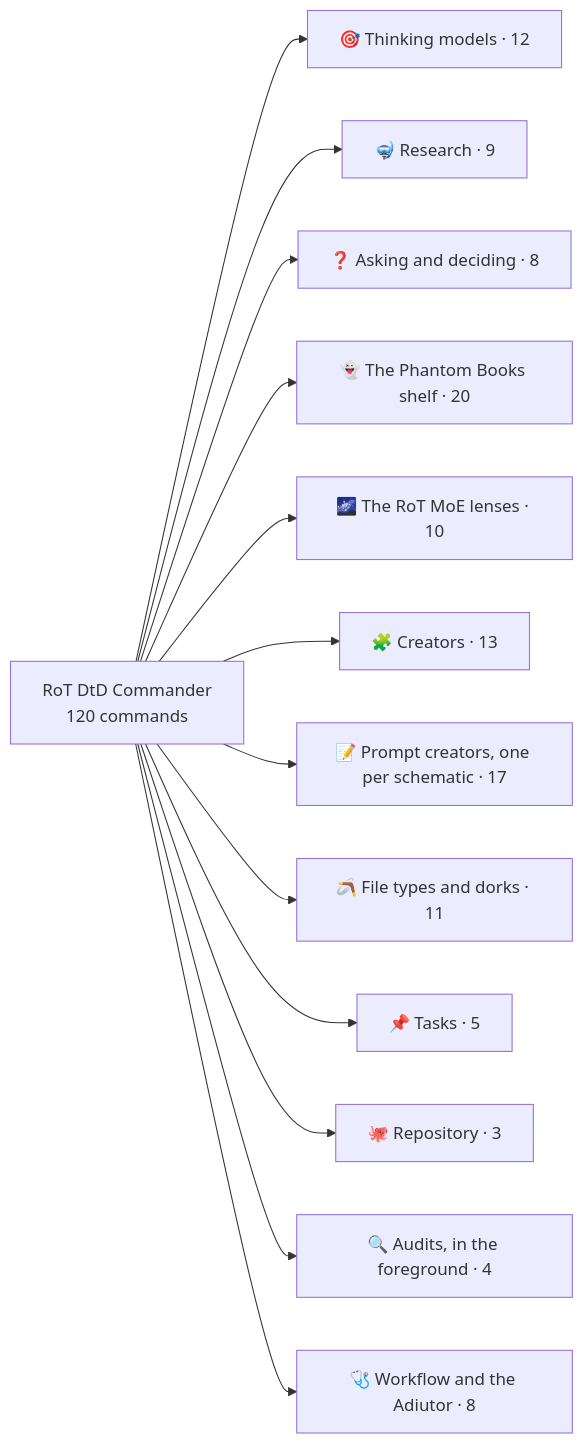
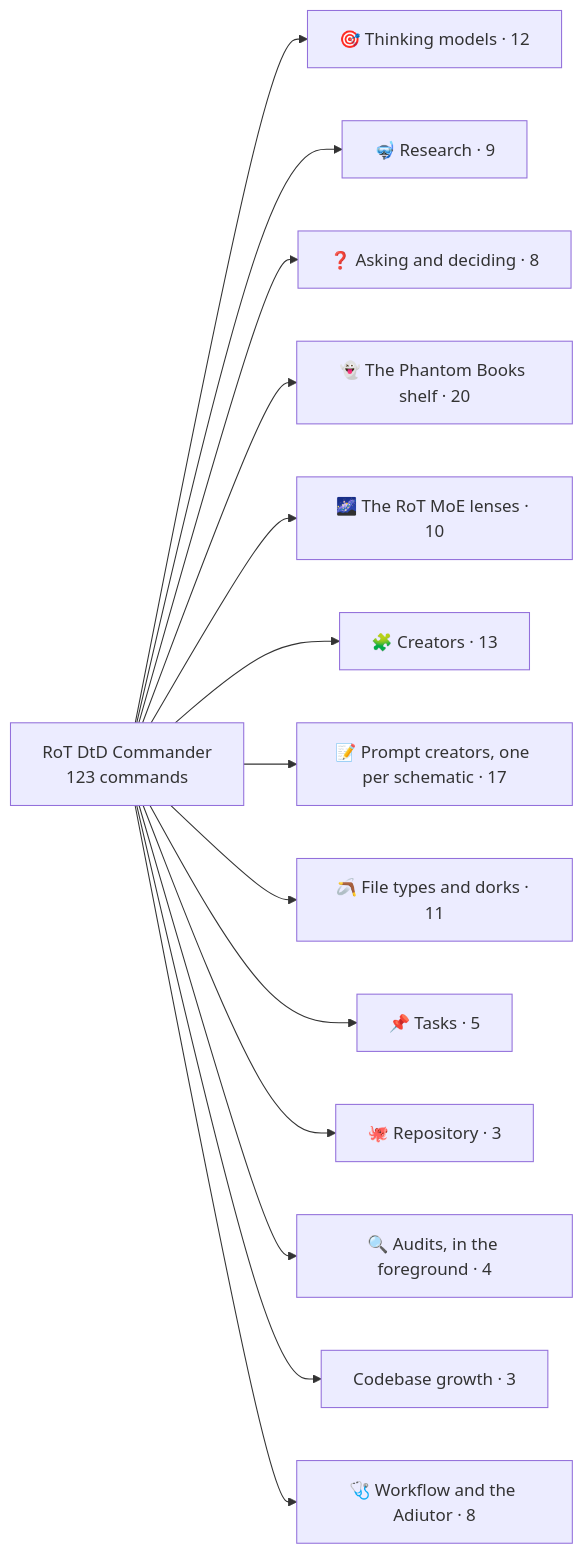
The diagram in README.md (Nova-Violet-Role/RoT-DtD-Commander), drawn with Mermaid before and after one commit. The commit also changed other lines of this file and 21 other files, not shown here.

````diff
--- a/README.md
+++ b/README.md
@@ -215,16 +215,17 @@
 ```mermaid
 flowchart LR
-  R["RoT DtD Commander<br/>120 commands"]
+  R["RoT DtD Commander<br/>123 commands"]
   R --> thinking["🎯 Thinking models · 12"]
   R --> research["🤿 Research · 9"]
   R --> asking["❓ Asking and deciding · 8"]
   R --> shelf["👻 The Phantom Books shelf · 20"]
   R --> lenses["🌌 The RoT MoE lenses · 10"]
   R --> creators["🧩 Creators · 13"]
   R --> prompts["📝 Prompt creators, one per schematic · 17"]
   R --> filetypes["🪃 File types and dorks · 11"]
   R --> tasks["📌 Tasks · 5"]
   R --> repository["🐙 Repository · 3"]
   R --> audits["🔍 Audits, in the foreground · 4"]
+  R --> undefined[" Codebase growth · 3"]
   R --> workflow["🩺 Workflow and the Adiutor · 8"]
 ```
````
